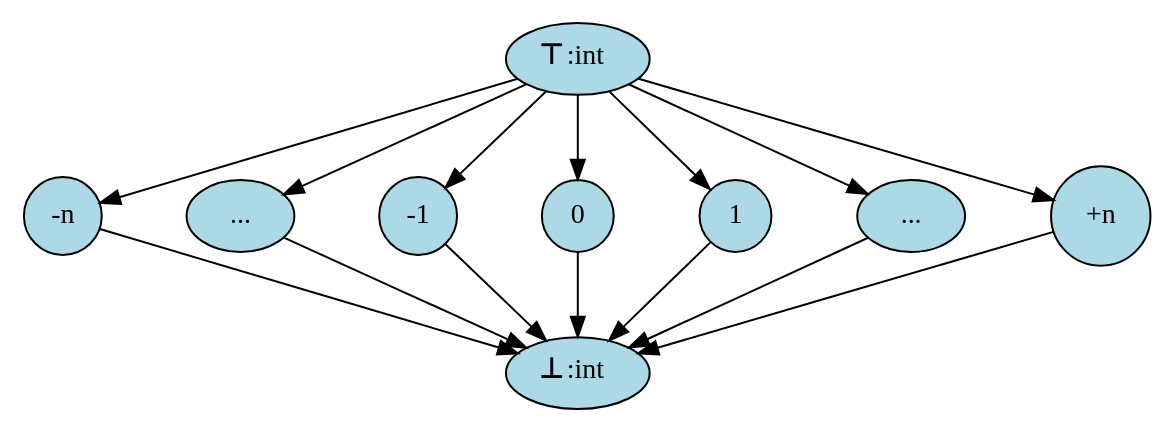
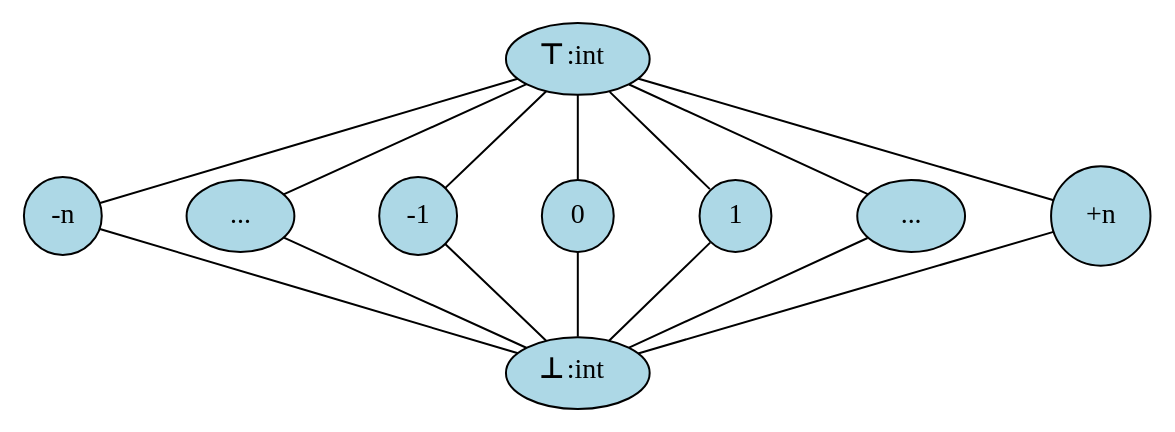
One commit to SeaOfNodes/Simple changed the diagram in chapter02/docs/lattice.gv. Above: the diagram before and after it, drawn with Graphviz. The commit also changed 1 other file, not shown here.

```diff
--- a/chapter02/docs/lattice.gv
+++ b/chapter02/docs/lattice.gv
@@ -1,40 +1,40 @@
 digraph Lattice {
     compound = true;
     // Define nodes
     splines=false;
     node [shape=circle, style=filled];
     nodesep=0.6;
-
+    edge [arrowhead=none];
     // ----------------------
     // Integers
     INT_TOP [label=<<B>⊤</B >:int>, fillcolor=lightblue, shape=oval];
     INT_BOT [label=<<B>⊥</B>:int>, fillcolor=lightblue, shape=oval];
 
     INT_MIN     [label="-n" , fillcolor=lightblue];
     INT_MINDOTS [label="...", fillcolor=lightblue shape=oval];
     INT_MINUS   [label="-1" , fillcolor=lightblue];
     INT_ZERO    [label="0"  , fillcolor=lightblue];
     INT_PLUS    [label="1"  , fillcolor=lightblue];
     INT_MAXDOTS [label="...", fillcolor=lightblue, shape=oval];
     INT_MAX     [label="+n" , fillcolor=lightblue];
 
     INT_TOP     -> INT_MIN;
     INT_TOP     -> INT_MINDOTS;
     INT_TOP     -> INT_MINUS;
     INT_TOP     -> INT_ZERO;
     INT_TOP     -> INT_PLUS;
     INT_TOP     -> INT_MAXDOTS;
     INT_TOP     -> INT_MAX;
     INT_MIN     -> INT_BOT;
     INT_MINDOTS -> INT_BOT;
     INT_MINUS   -> INT_BOT;
     INT_ZERO    -> INT_BOT;
     INT_PLUS    -> INT_BOT;
     INT_MAXDOTS -> INT_BOT;
     INT_MAX     -> INT_BOT;
 
     INT_MIN -> INT_MINDOTS -> INT_MINUS -> INT_ZERO -> INT_PLUS -> INT_MAXDOTS -> INT_MAX [style=invis];
 
     // Additional customization
     {rank=same; INT_MIN; INT_MINDOTS; INT_MINUS; INT_ZERO; INT_PLUS; INT_MAXDOTS; INT_MAX; }
 }
```
